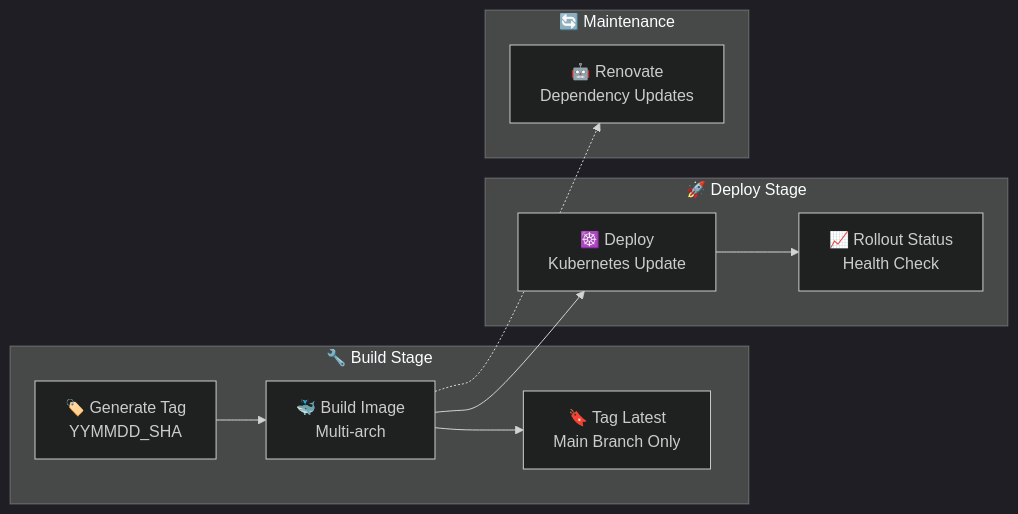
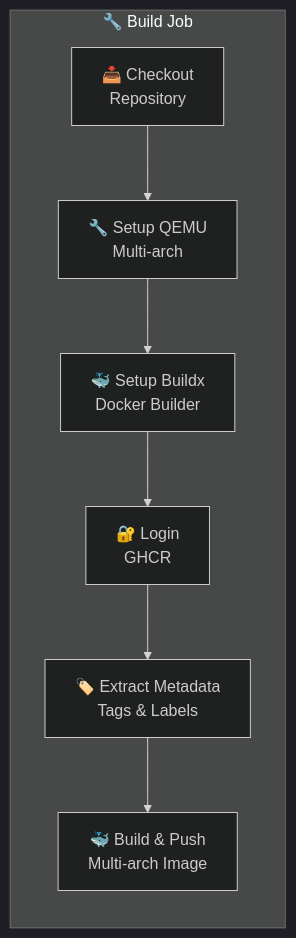
Before and after one commit to kimata/dumpvdl2: the fourth of 4 diagrams in README.md, drawn with Mermaid (dark theme). The commit also changed other lines of this file, not shown here.

````diff
--- a/README.md
+++ b/README.md
@@ -303,24 +303,17 @@
 ```mermaid
 flowchart LR
-    subgraph "🔧 Build Stage"
-        TAG[🏷️ Generate Tag<br/>YYMMDD_SHA]
-        BUILD[🐳 Build Image<br/>Multi-arch]
-        LATEST[🔖 Tag Latest<br/>Main Branch Only]
+    subgraph "🔧 Build Job"
+        CHECKOUT[📥 Checkout<br/>Repository]
+        QEMU[🔧 Setup QEMU<br/>Multi-arch]
+        BUILDX[🐳 Setup Buildx<br/>Docker Builder]
+        LOGIN[🔐 Login<br/>GHCR]
+        META[🏷️ Extract Metadata<br/>Tags & Labels]
+        BUILD[🐳 Build & Push<br/>Multi-arch Image]
     end
-    
-    subgraph "🚀 Deploy Stage"
-        DEPLOY[☸️ Deploy<br/>Kubernetes Update]
-        ROLLOUT[📈 Rollout Status<br/>Health Check]
-    end
-    
-    subgraph "🔄 Maintenance"
-        RENOVATE[🤖 Renovate<br/>Dependency Updates]
-    end
-    
-    TAG --> BUILD
-    BUILD --> LATEST
-    BUILD --> DEPLOY
-    DEPLOY --> ROLLOUT
-    
-    BUILD -.-> RENOVATE
+
+    CHECKOUT --> QEMU
+    QEMU --> BUILDX
+    BUILDX --> LOGIN
+    LOGIN --> META
+    META --> BUILD
 ```
````
